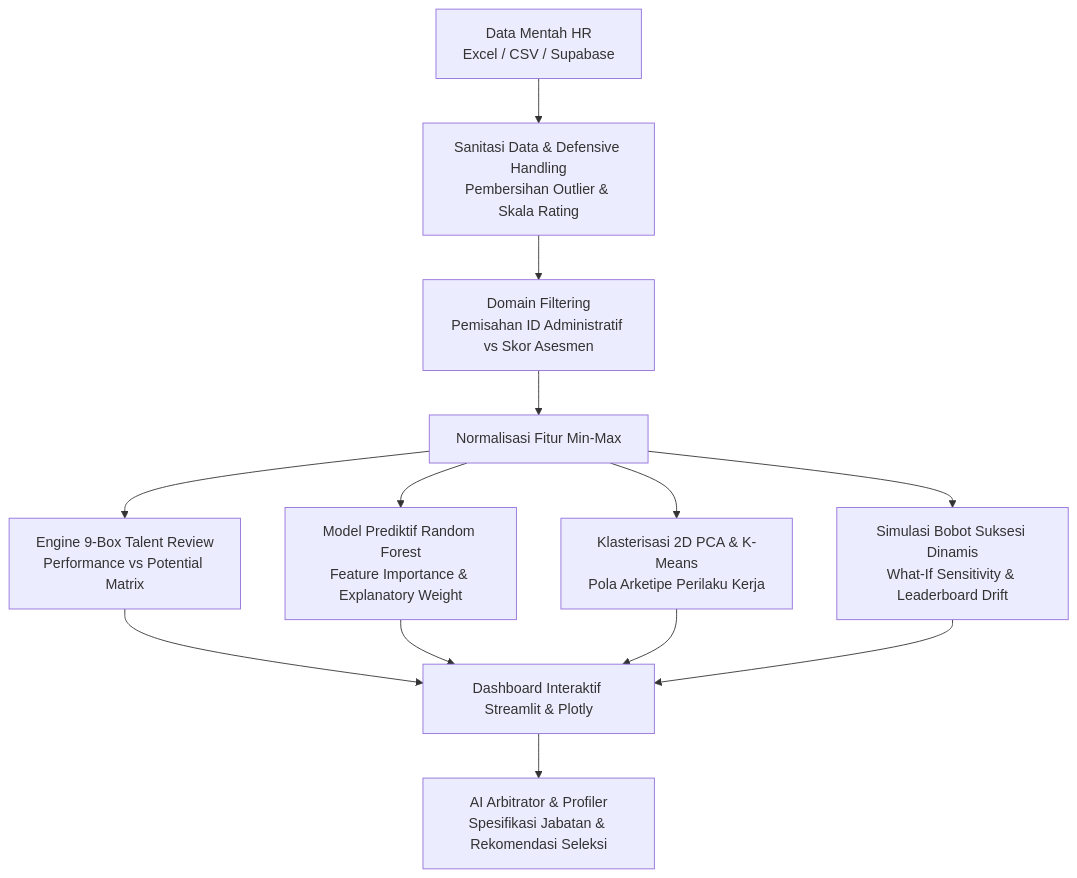
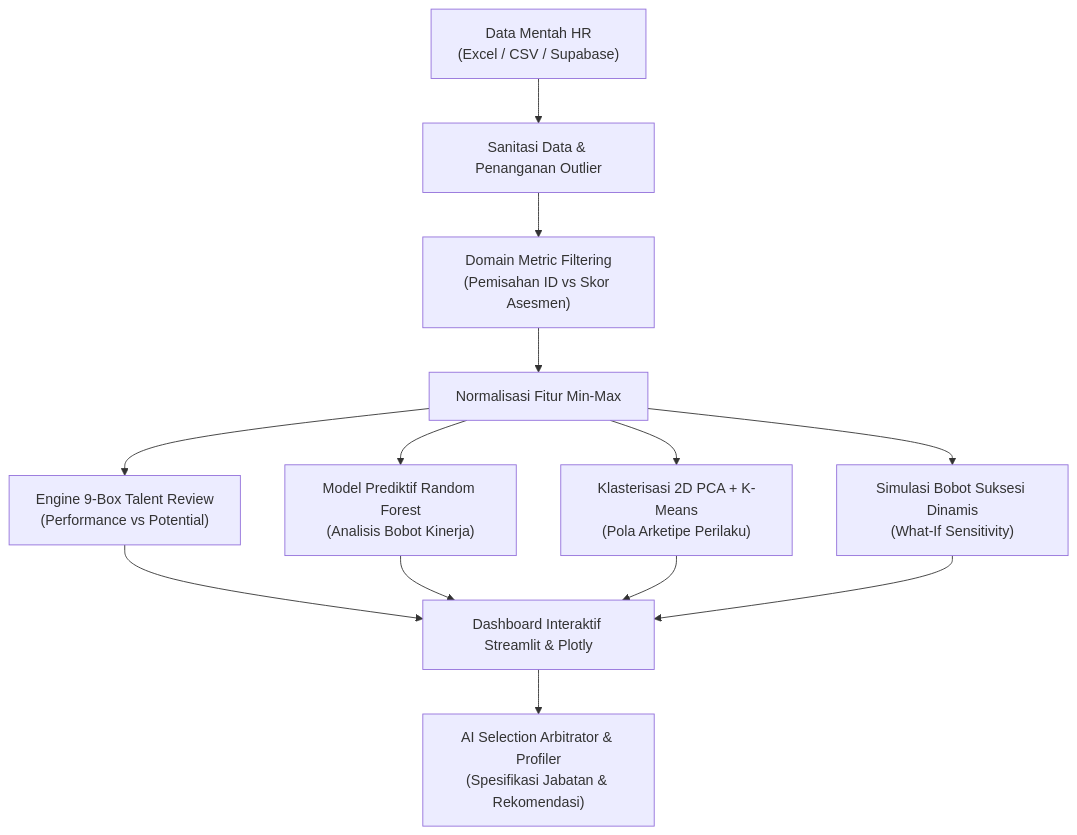
The diagram in README.md (fallss/sistem-intelijen-talenta), drawn with Mermaid before and after one commit.

Commit message:
docs: fix Mermaid diagram syntax with quoted labels for GitHub rendering

````diff
--- a/README.md
+++ b/README.md
@@ -26,12 +26,18 @@
 ```mermaid
 flowchart TD
-    A[Data Mentah HR<br>Excel / CSV / Supabase] --> B[Sanitasi Data & Defensive Handling<br>Pembersihan Outlier & Skala Rating]
-    B --> C[Domain Filtering<br>Pemisahan ID Administratif vs Skor Asesmen]
-    C --> D[Normalisasi Fitur Min-Max]
-    D --> E[Engine 9-Box Talent Review<br>Performance vs Potential Matrix]
-    D --> F[Model Prediktif Random Forest<br>Feature Importance & Explanatory Weight]
-    D --> G[Klasterisasi 2D PCA & K-Means<br>Pola Arketipe Perilaku Kerja]
-    D --> H[Simulasi Bobot Suksesi Dinamis<br>What-If Sensitivity & Leaderboard Drift]
-    E & F & G & H --> I[Dashboard Interaktif Streamlit & Plotly]
-    I --> J[AI Arbitrator & Profiler<br>Spesifikasi Jabatan & Rekomendasi Seleksi]
+    A["Data Mentah HR<br>(Excel / CSV / Supabase)"] --> B["Sanitasi Data & Penanganan Outlier"]
+    B --> C["Domain Metric Filtering<br>(Pemisahan ID vs Skor Asesmen)"]
+    C --> D["Normalisasi Fitur Min-Max"]
+    
+    D --> E["Engine 9-Box Talent Review<br>(Performance vs Potential)"]
+    D --> F["Model Prediktif Random Forest<br>(Analisis Bobot Kinerja)"]
+    D --> G["Klasterisasi 2D PCA + K-Means<br>(Pola Arketipe Perilaku)"]
+    D --> H["Simulasi Bobot Suksesi Dinamis<br>(What-If Sensitivity)"]
+    
+    E --> I["Dashboard Interaktif Streamlit & Plotly"]
+    F --> I
+    G --> I
+    H --> I
+    
+    I --> J["AI Selection Arbitrator & Profiler<br>(Spesifikasi Jabatan & Rekomendasi)"]
 ```
````
